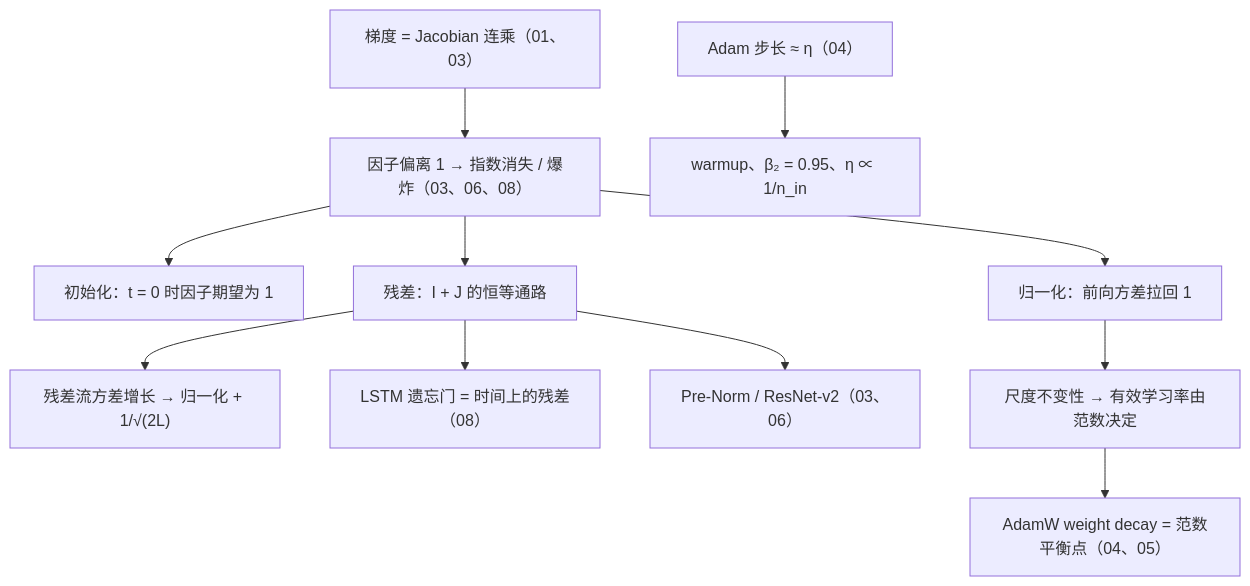
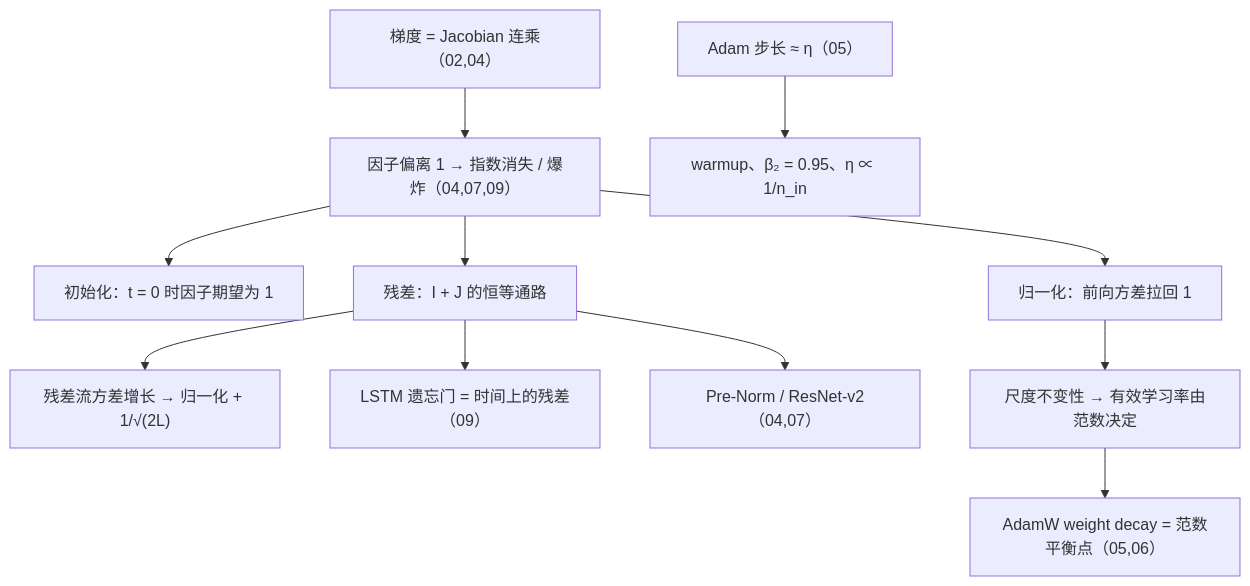
One commit to arganzheng/arganzheng.github.com changed the second of 2 diagrams in slides/2026-03-29-deep-learning-foundations.md. Above: the diagram before and after it, drawn with Mermaid. The commit also changed 17 other files, not shown here.

Commit message:
系列篇目重排（02）–（10）→（03）–（11）；导读新增部件地图与篇目表、回顾篇补损失函数条目与自测（#237）

````diff
--- a/slides/2026-03-29-deep-learning-foundations.md
+++ b/slides/2026-03-29-deep-learning-foundations.md
@@ -274,14 +274,14 @@
 ```mermaid
 %%{init: {"flowchart": {"wrappingWidth": 210}}}%%
 flowchart TB
-    CHAIN["梯度 = Jacobian 连乘（01、03）"] --> VAN["因子偏离 1 → 指数消失 / 爆炸（03、06、08）"]
+    CHAIN["梯度 = Jacobian 连乘（02,04）"] --> VAN["因子偏离 1 → 指数消失 / 爆炸（04,07,09）"]
     VAN --> INIT["初始化：t = 0 时因子期望为 1"]
     VAN --> NORM["归一化：前向方差拉回 1"]
     VAN --> RES["残差：I + J 的恒等通路"]
     RES --> GROW["残差流方差增长 → 归一化 + 1/√(2L)"]
-    RES --> LSTM["LSTM 遗忘门 = 时间上的残差（08）"]
-    RES --> PRE["Pre-Norm / ResNet-v2（03、06）"]
+    RES --> LSTM["LSTM 遗忘门 = 时间上的残差（09）"]
+    RES --> PRE["Pre-Norm / ResNet-v2（04,07）"]
     NORM --> SCALE["尺度不变性 → 有效学习率由范数决定"]
-    SCALE --> WD["AdamW weight decay = 范数平衡点（04、05）"]
-    ADAM["Adam 步长 ≈ η（04）"] --> WARM["warmup、β₂ = 0.95、η ∝ 1/n_in"]
+    SCALE --> WD["AdamW weight decay = 范数平衡点（05,06）"]
+    ADAM["Adam 步长 ≈ η（05）"] --> WARM["warmup、β₂ = 0.95、η ∝ 1/n_in"]
 ```
````
